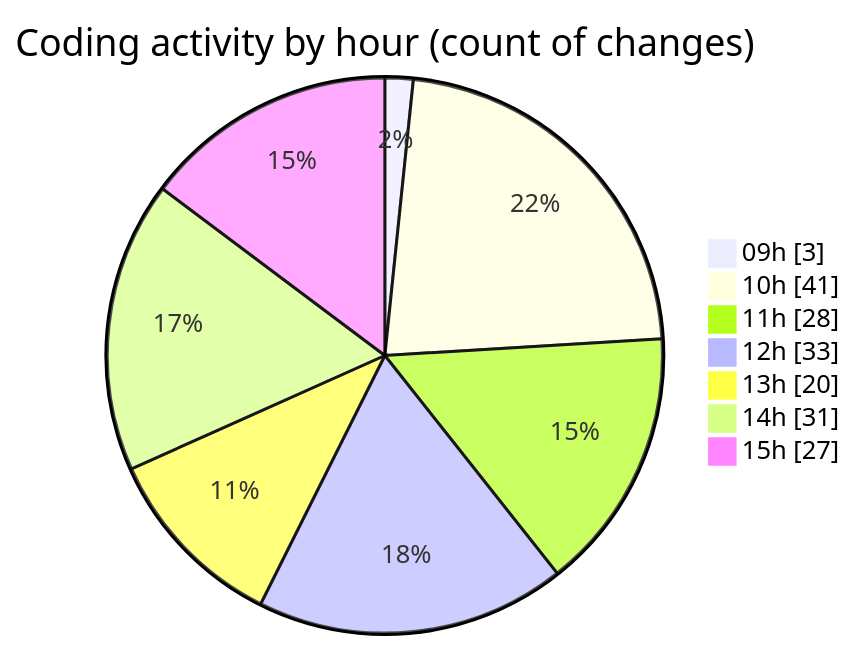
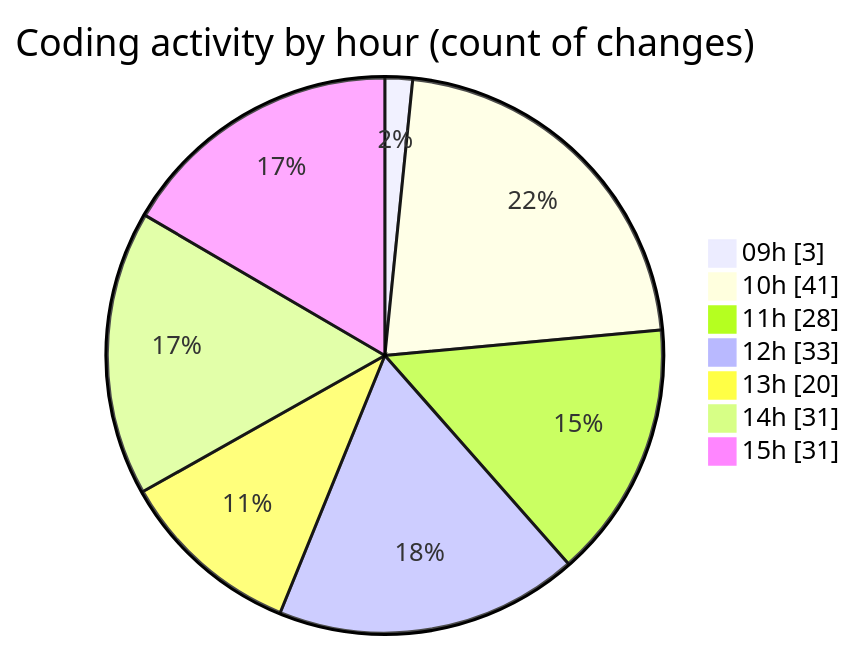
The second of 2 diagrams in 2025-05-19/ecodeli-1/README.md (CELIANVF/code-tracking), drawn with Mermaid before and after one commit. The commit also changed other lines of this file and 1 other file, not shown here.

````diff
--- a/2025-05-19/ecodeli-1/README.md
+++ b/2025-05-19/ecodeli-1/README.md
@@ -79,11 +82,11 @@
 ```mermaid
 pie showData
 title Coding activity by hour (count of changes)
 "09h" : 3
 "10h" : 41
 "11h" : 28
 "12h" : 33
 "13h" : 20
 "14h" : 31
-"15h" : 27
+"15h" : 31
 ```
````
